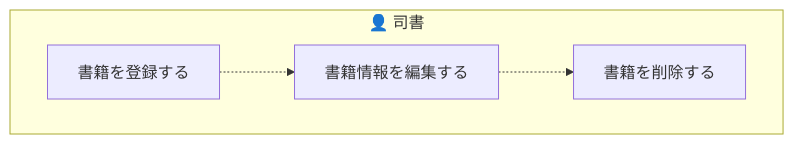
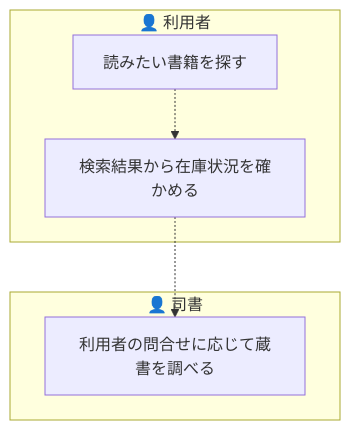
Before and after one commit to suwa-sh/suwa-sh-claude-plugins: the third of 13 diagrams in samples/distillery/pipeline/rdra/latest/views/03_業務フロー.md, drawn with Mermaid. The commit also changed other lines of this file and 1723 other files, not shown here.

````diff
--- a/samples/distillery/pipeline/rdra/latest/views/03_業務フロー.md
+++ b/samples/distillery/pipeline/rdra/latest/views/03_業務フロー.md
@@ -12,10 +69,12 @@
 ```mermaid
 graph TD
-  subgraph LN1["👤 司書"]
-    AT1["書籍を登録する"]
-    AT2["書籍情報を編集する"]
-    AT3["書籍を削除する"]
+  subgraph LN1["👤 利用者"]
+    AT1["読みたい書籍を探す"]
+    AT2["検索結果から在庫状況を確かめる"]
+  end
+  subgraph LN2["👤 司書"]
+    AT3["利用者の問合せに応じて蔵書を調べる"]
   end
   AT1 -.-> AT2
   AT2 -.-> AT3
 ```
````
